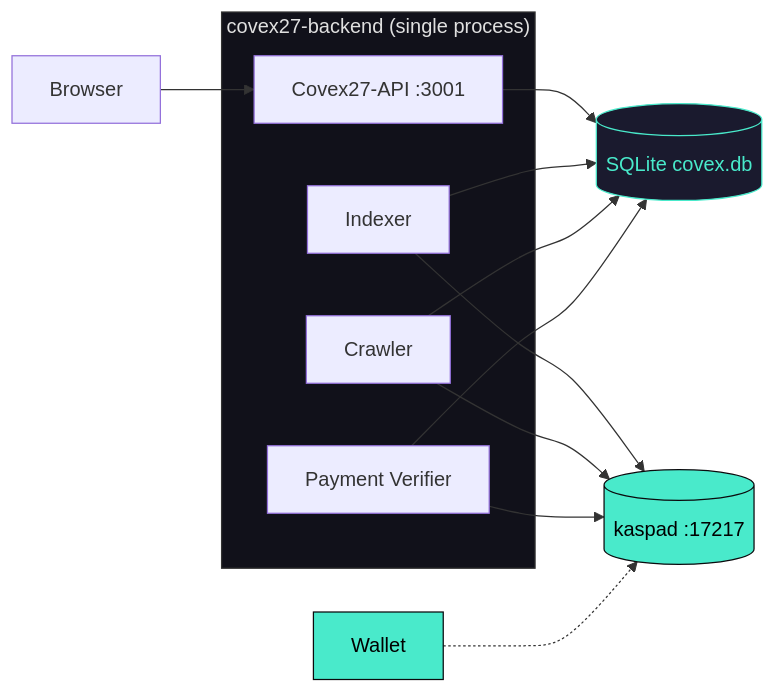
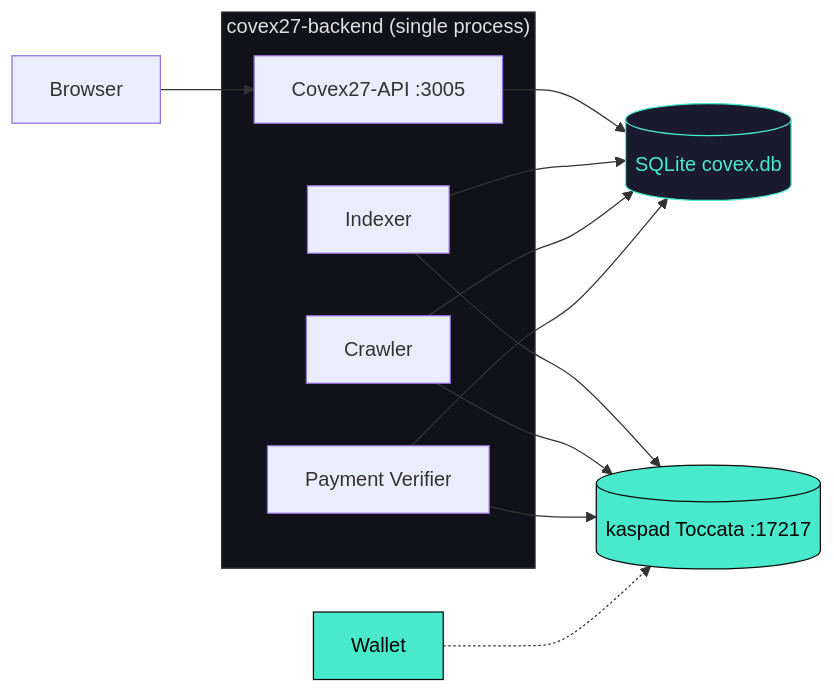
The first of 2 diagrams in README.md (THTProtocol/Covex27), drawn with Mermaid before and after one commit. The commit also changed other lines of this file and 3 other files, not shown here.

````diff
--- a/README.md
+++ b/README.md
@@ -57,27 +59,27 @@
 ```mermaid
 graph LR
-    Browser[Browser] --> Backend[Covex27-API :3001]
+    Browser[Browser] --> Backend[Covex27-API :3005]
     Backend --> DB[("SQLite covex.db")]
 
-    Indexer[Indexer] --> Kaspa[("kaspad :17217")]
+    Indexer[Indexer] --> Kaspa[("kaspad Toccata :17217")]
     Crawler[Crawler] --> Kaspa
     Verifier[Payment Verifier] --> Kaspa
 
     Indexer --> DB
     Crawler --> DB
     Verifier --> DB
 
     Wallet[Wallet] -.-> Kaspa
 
     subgraph Process["covex27-backend (single process)"]
         Backend
         Indexer
         Crawler
         Verifier
     end
 
     style Kaspa fill:#49EACB,stroke:#0A0A0D,color:#000
     style Wallet fill:#49EACB,stroke:#0A0A0D,color:#000
     style DB fill:#1A1A2E,stroke:#49EACB,color:#49EACB
     style Process fill:#11111A,stroke:#333,color:#E0E0E0
 ```
````
